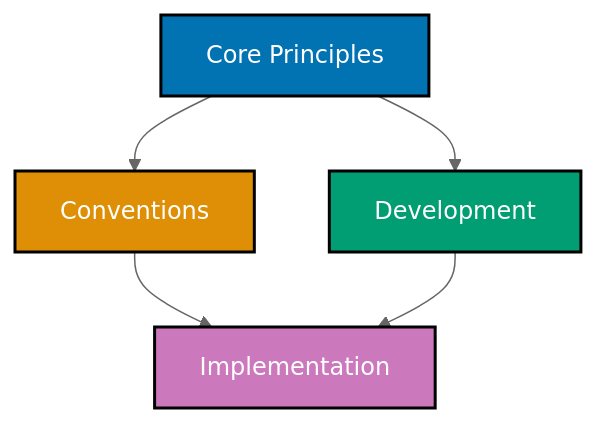
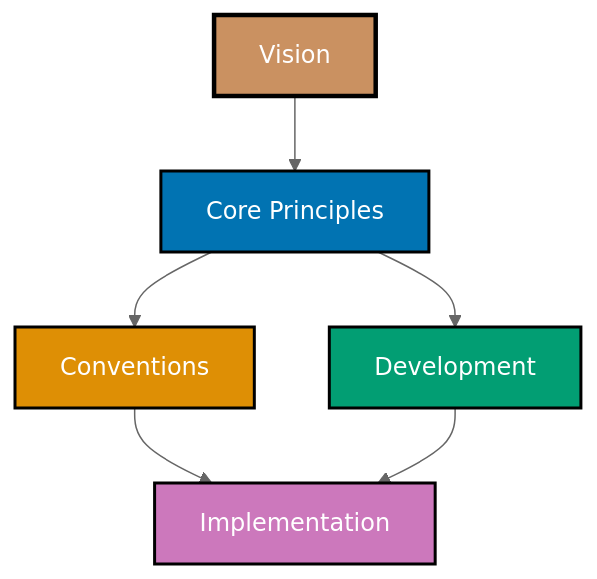
The diagram in docs/explanation/principles/README.md (wahidyankf/open-sharia-enterprise), drawn with Mermaid (neutral theme) before and after one commit. The commit also changed other lines of this file and 15 other files, not shown here.

````diff
--- a/docs/explanation/principles/README.md
+++ b/docs/explanation/principles/README.md
@@ -25,19 +30,22 @@
 ```mermaid
 %% Color Palette: Blue #0173B2, Orange #DE8F05, Teal #029E73, Purple #CC78BC, Brown #CA9161
 %% All colors are color-blind friendly and meet WCAG AA contrast standards
 graph TD
+	V[Vision]
 	A[Core Principles]
 	B[Conventions]
 	C[Development]
 	D[Implementation]
 
+	V --> A
 	A --> B
 	A --> C
 	B --> D
 	C --> D
 
+	style V fill:#CA9161,stroke:#000000,color:#FFFFFF,stroke-width:3px
 	style A fill:#0173B2,stroke:#000000,color:#FFFFFF,stroke-width:2px
 	style B fill:#DE8F05,stroke:#000000,color:#FFFFFF,stroke-width:2px
 	style C fill:#029E73,stroke:#000000,color:#FFFFFF,stroke-width:2px
 	style D fill:#CC78BC,stroke:#000000,color:#FFFFFF,stroke-width:2px
 ```
````
